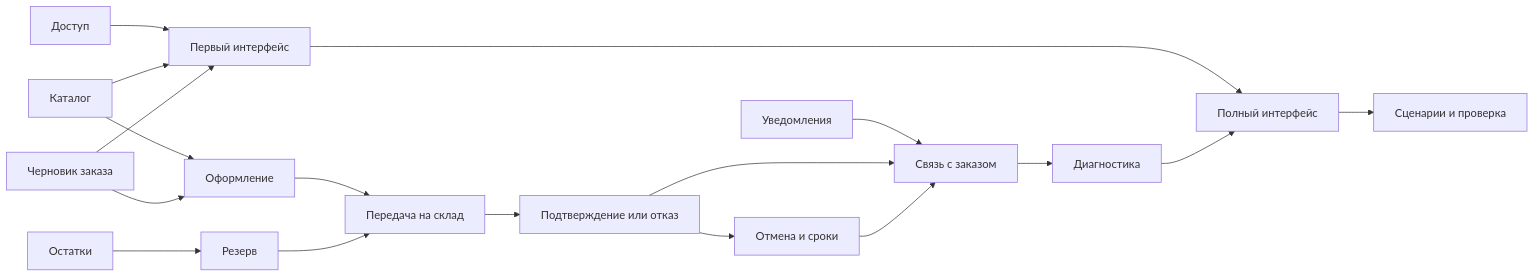
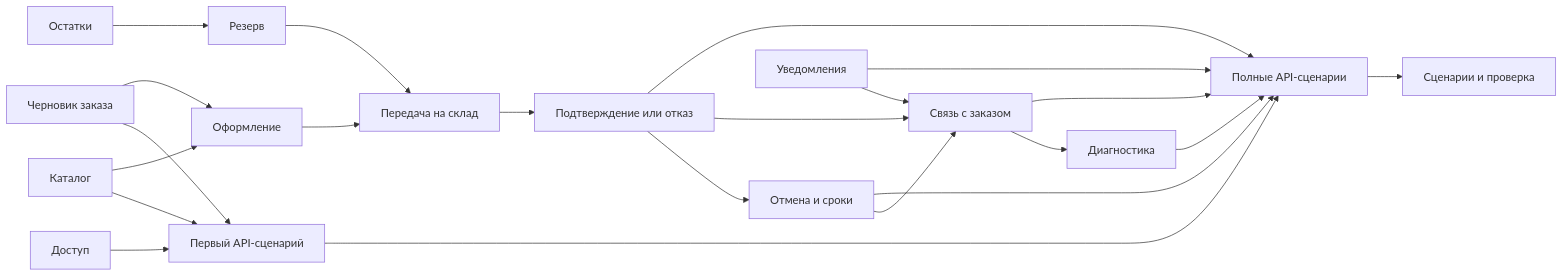
Before and after one commit to aleksrudev/symfony-multi-domain: the diagram in docs/demo-shop-task-breakdown.md, drawn with Mermaid. The commit also changed other lines of this file and 2 other files, not shown here.

````diff
--- a/docs/demo-shop-task-breakdown.md
+++ b/docs/demo-shop-task-breakdown.md
@@ -50,20 +59,24 @@
 ```mermaid
 flowchart LR
-    T01[Доступ] --> T04[Первый интерфейс]
+    T01[Доступ] --> T04[Первый API-сценарий]
     T02[Каталог] --> T04
     T03[Черновик заказа] --> T04
     T02 --> T05[Оформление]
     T03 --> T05
     T06[Остатки] --> T07[Резерв]
     T05 --> T08[Передача на склад]
     T07 --> T08
     T08 --> T09[Подтверждение или отказ]
     T09 --> T10[Отмена и сроки]
     T11[Уведомления] --> T12[Связь с заказом]
     T09 --> T12
     T10 --> T12
     T12 --> T13[Диагностика]
-    T04 --> T14[Полный интерфейс]
+    T04 --> T14[Полные API-сценарии]
+    T09 --> T14
+    T10 --> T14
+    T11 --> T14
+    T12 --> T14
     T13 --> T14
     T14 --> T15[Сценарии и проверка]
 ```
````
